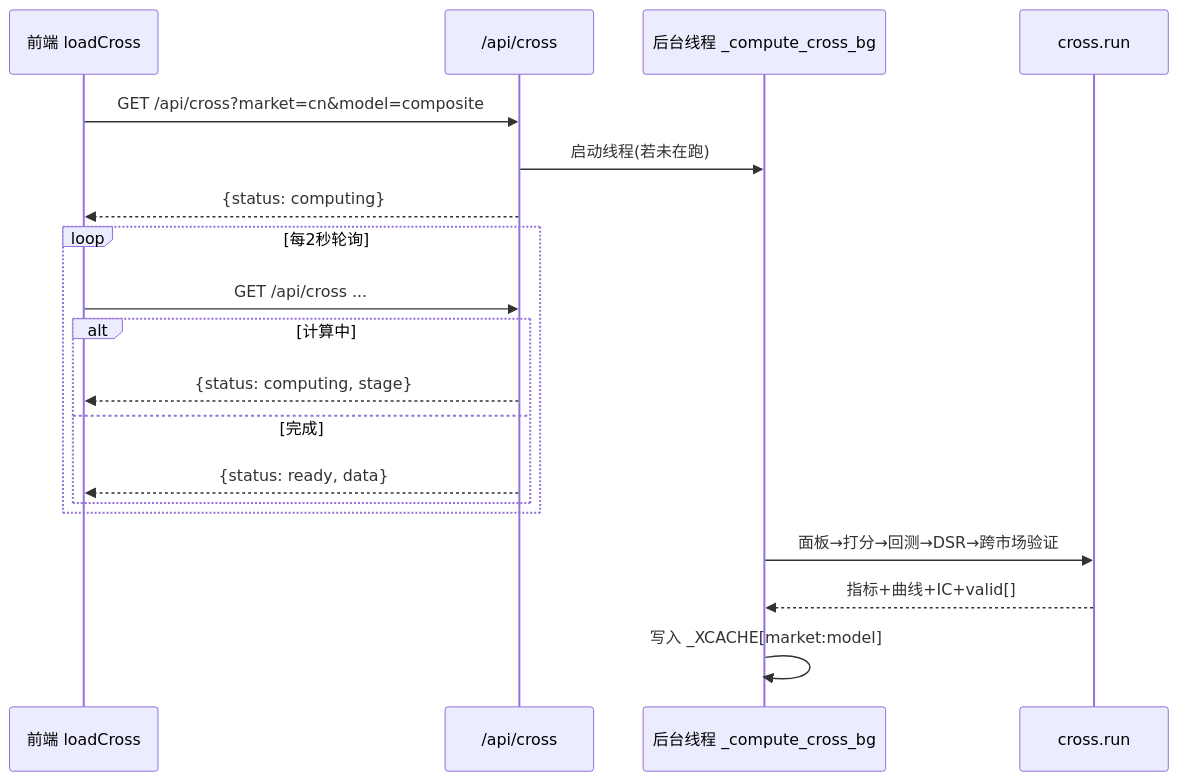
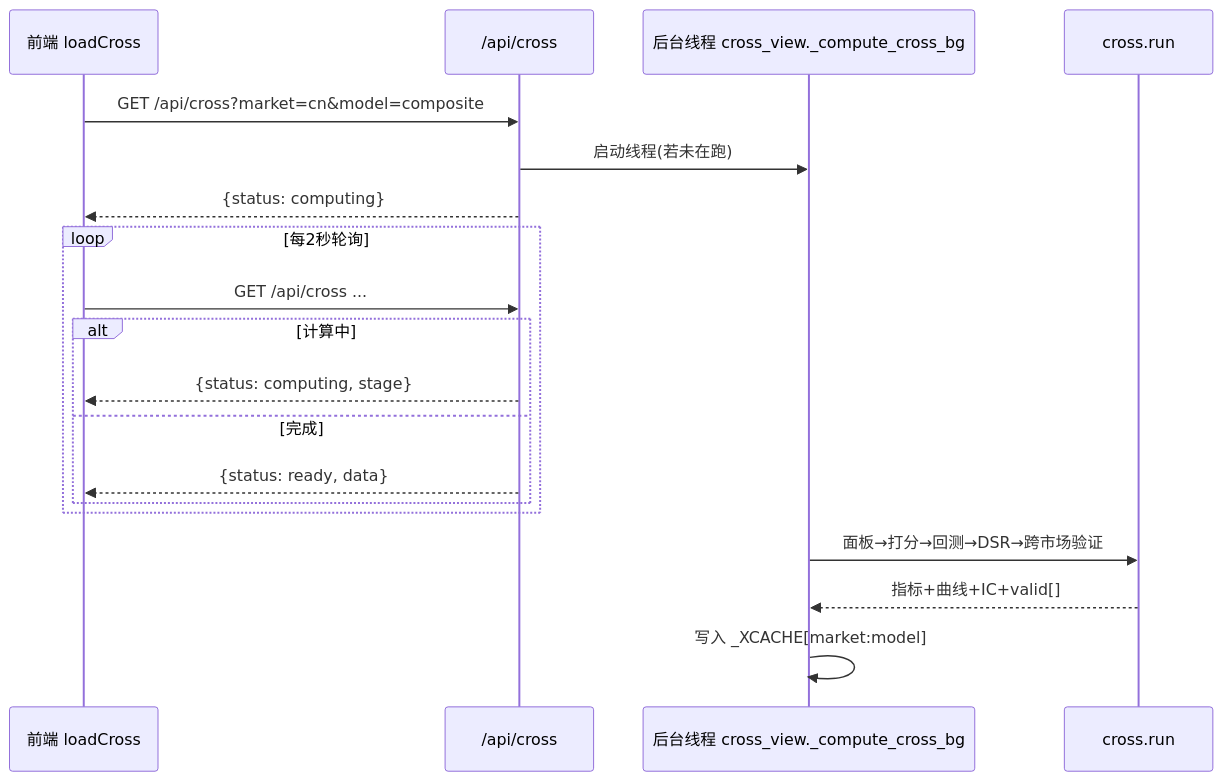
Before and after one commit to AnnCYW-cm/QuantMill: the eighth of 9 diagrams in docs/ARCHITECTURE.md, drawn with Mermaid. The commit also changed other lines of this file and 4 other files, not shown here.

````diff
--- a/docs/ARCHITECTURE.md
+++ b/docs/ARCHITECTURE.md
@@ -248,22 +248,22 @@
 ```mermaid
 sequenceDiagram
     participant FE as 前端 loadCross
     participant API as /api/cross
-    participant TH as 后台线程 _compute_cross_bg
+    participant TH as 后台线程 cross_view._compute_cross_bg
     participant Cross as cross.run
 
     FE->>API: GET /api/cross?market=cn&model=composite
     API->>TH: 启动线程(若未在跑)
     API-->>FE: {status: computing}
     loop 每2秒轮询
         FE->>API: GET /api/cross ...
         alt 计算中
             API-->>FE: {status: computing, stage}
         else 完成
             API-->>FE: {status: ready, data}
         end
     end
     TH->>Cross: 面板→打分→回测→DSR→跨市场验证
     Cross-->>TH: 指标+曲线+IC+valid[]
     TH->>TH: 写入 _XCACHE[market:model]
 ```
````
